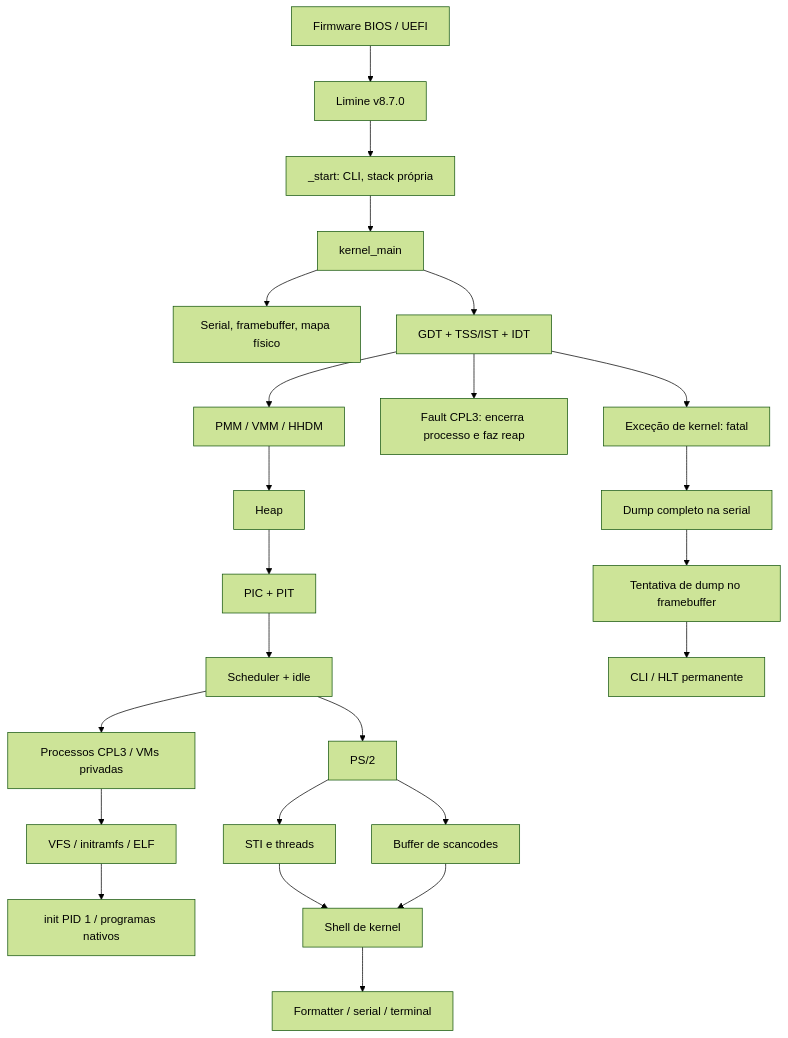
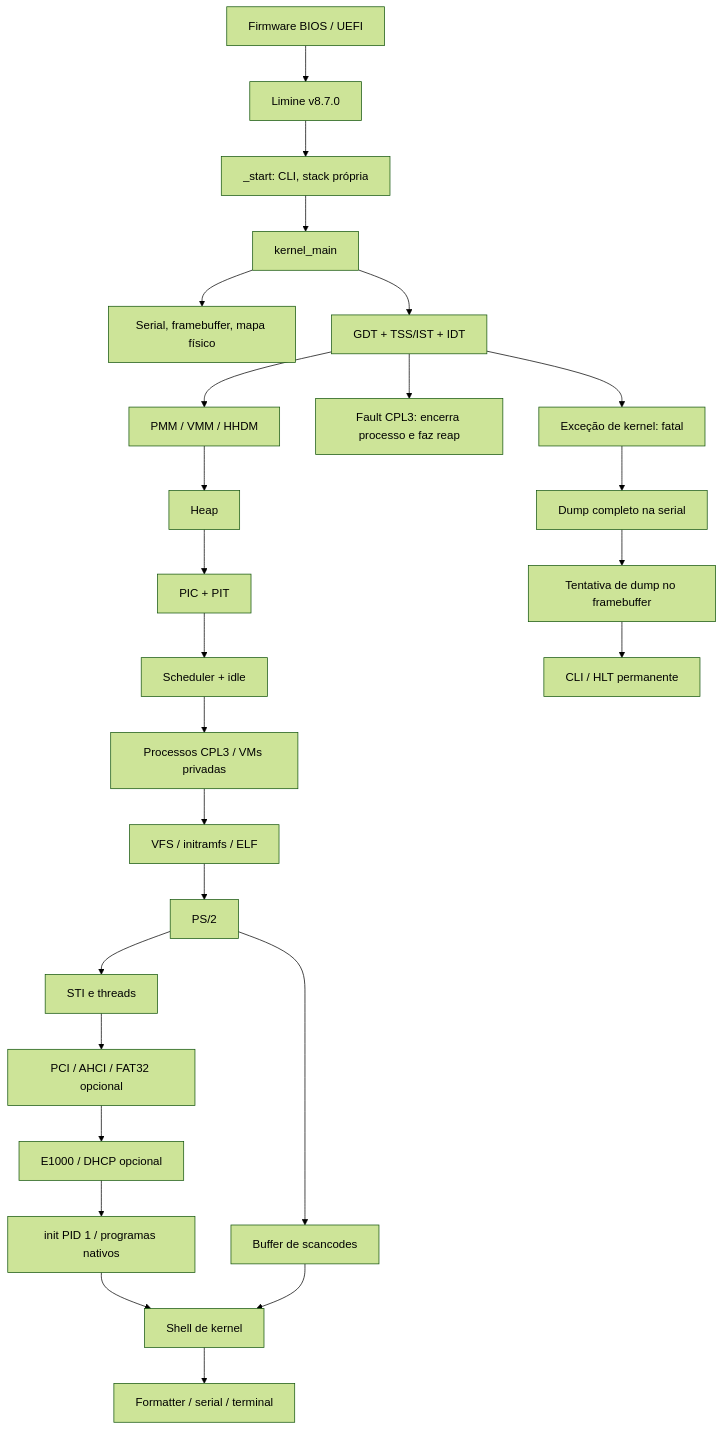
Before and after one commit to zaureliu/UtamoOS: the diagram in docs/architecture.md, drawn with Mermaid (forest theme). The commit also changed other lines of this file and 18 other files, not shown here.

````diff
--- a/docs/architecture.md
+++ b/docs/architecture.md
@@ -11,26 +13,28 @@
 ```mermaid
 flowchart TD
     firmware[Firmware BIOS / UEFI] --> limine[Limine v8.7.0]
     limine --> entry[_start: CLI, stack própria]
     entry --> main[kernel_main]
     main --> boot[Serial, framebuffer, mapa físico]
     main --> desc[GDT + TSS/IST + IDT]
     desc --> memory[PMM / VMM / HHDM]
     memory --> heap[Heap]
     heap --> irq[PIC + PIT]
     irq --> scheduler[Scheduler + idle]
     scheduler --> process[Processos CPL3 / VMs privadas]
     process --> fs[VFS / initramfs / ELF]
-    fs --> init[init PID 1 / programas nativos]
-    scheduler --> keyboard[PS/2]
+    fs --> keyboard[PS/2]
     keyboard --> loop[STI e threads]
-    loop --> shell[Shell de kernel]
+    loop --> storage[PCI / AHCI / FAT32 opcional]
+    storage --> network[E1000 / DHCP opcional]
+    network --> init[init PID 1 / programas nativos]
+    init --> shell[Shell de kernel]
     shell --> out[Formatter / serial / terminal]
     keyboard --> input[Buffer de scancodes]
     input --> shell
     desc --> userfault[Fault CPL3: encerra processo e faz reap]
     desc --> fault[Exceção de kernel: fatal]
     fault --> serial[Dump completo na serial]
     serial --> display[Tentativa de dump no framebuffer]
     display --> stop[CLI / HLT permanente]
 ```
````
